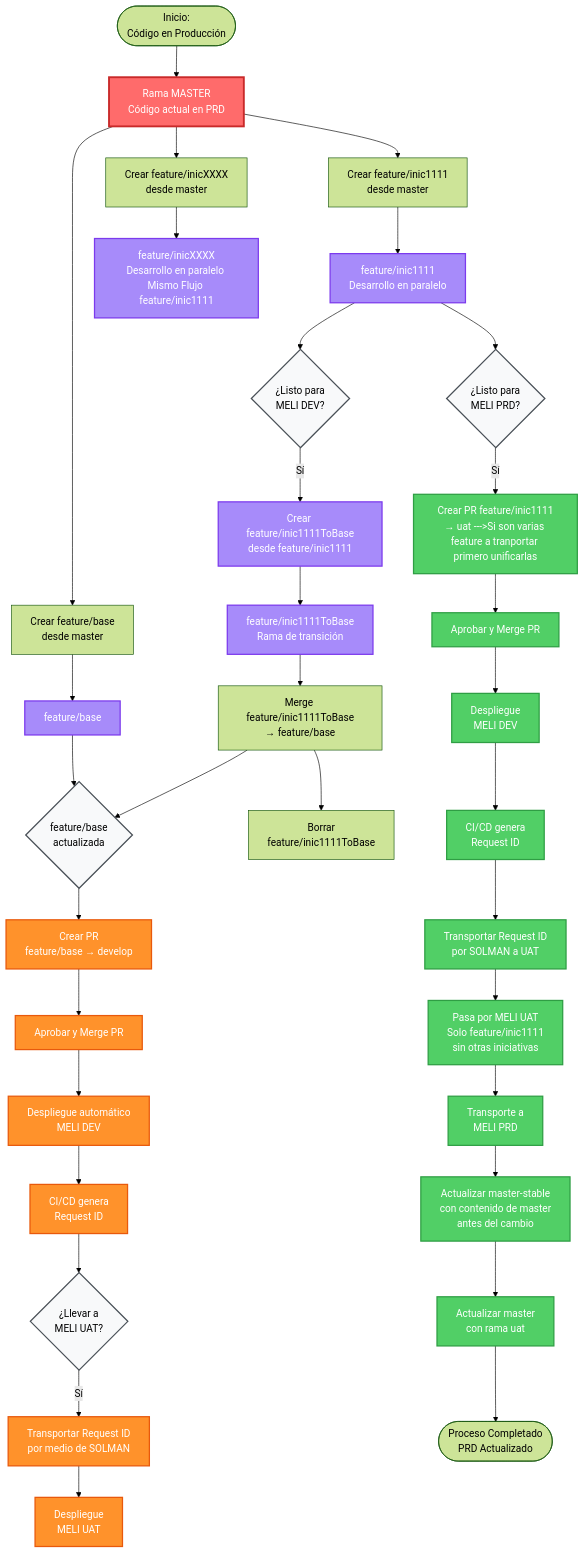
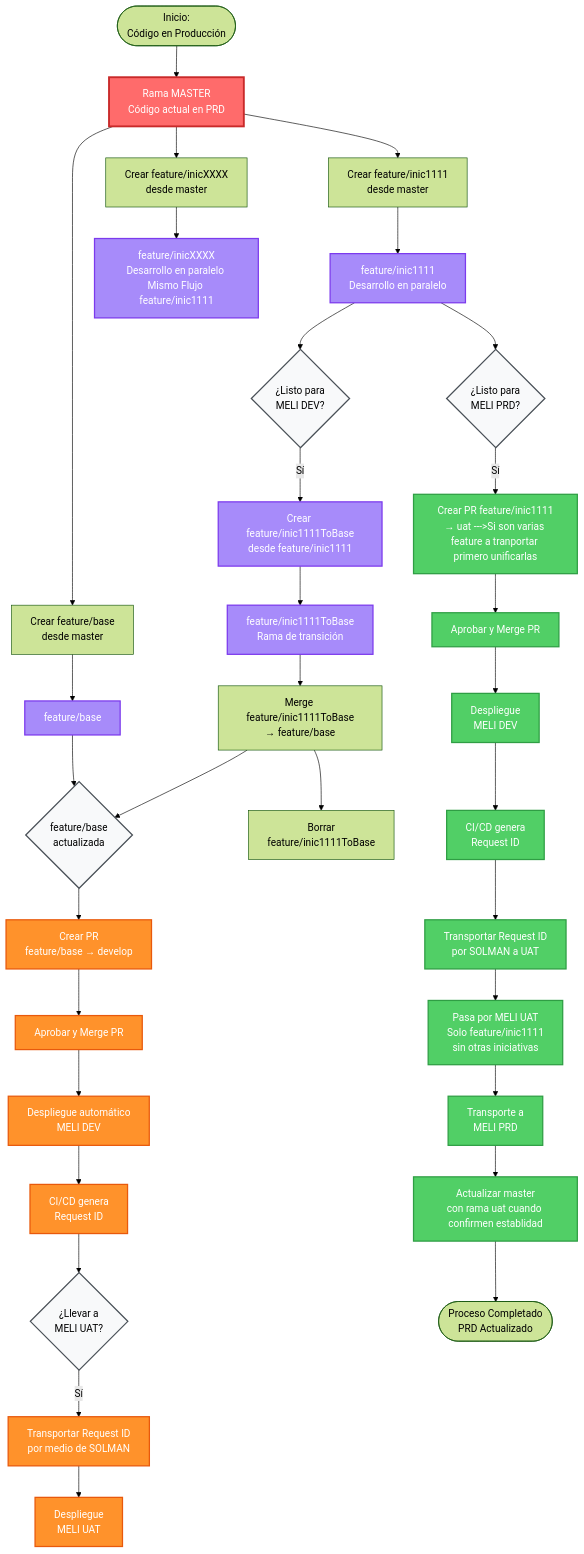
The second of 2 diagrams in flujo-github-paralelo.md (jajaramillo/flujo-github-paralelo), drawn with Mermaid (forest theme) before and after one commit. The commit also changed other lines of this file, not shown here.

Commit message:
Revise flowchart for UAT branch and post-production process
Updated flowchart to reflect changes in UAT branch handling and post-production updates.

````diff
--- a/flujo-github-paralelo.md
+++ b/flujo-github-paralelo.md
@@ -89,77 +89,74 @@
 ```mermaid
 flowchart TD
     Start([Inicio:<br/>Código en Producción]) --> Master[Rama MASTER<br/>Código actual en PRD]
     
     
     Master --> CreateBase[Crear feature/base<br/>desde master]
     Master --> CreateDev1[Crear feature/inic1111<br/>desde master]    
     Master --> CreateDevN[Crear feature/inicXXXX<br/>desde master]
        
     CreateBase --> Base[feature/base]
     CreateDev1 --> Dev1[feature/inic1111<br/>Desarrollo en paralelo]    
     CreateDevN --> DevN[feature/inicXXXX<br/>Desarrollo en paralelo Mismo Flujo feature/inic1111]
     
     %% Flujo para MELI DEV
     Dev1 --> DecisionDev1{¿Listo para<br/>MELI DEV?}
     DecisionDev1 -->|Sí| CreateTrans1[Crear feature/inic1111ToBase<br/>desde feature/inic1111]
     CreateTrans1 --> Trans1[feature/inic1111ToBase<br/>Rama de transición]
     Trans1 --> MergeToBase1[Merge feature/inic1111ToBase<br/>→ feature/base]
     
           
     Base --> BaseLista
     MergeToBase1 --> BaseLista{feature/base<br/>actualizada}
     MergeToBase1 --> DeleteTrans1[Borrar<br/>feature/inic1111ToBase]
     
     BaseLista --> PRDev[Crear PR<br/>feature/base → develop]
     PRDev --> ApproveDev[Aprobar y Merge PR]
     ApproveDev --> DeployDev[Despliegue automático<br/>MELI DEV]
     DeployDev --> RequestIDDev[CI/CD genera<br/>Request ID]
     
     %% Flujo para MELI UAT
     RequestIDDev --> DecisionUAT{¿Llevar a<br/>MELI UAT?}
     DecisionUAT -->|Sí| TransportUAT[Transportar Request ID<br/>por medio de SOLMAN]
     TransportUAT --> DeployUAT[Despliegue<br/>MELI UAT]
     
     %% Flujo para MELI PRD
     Dev1 --> DecisionPRD1{¿Listo para<br/>MELI PRD?}
         
     
     DecisionPRD1 -->|Sí| PRProd[Crear PR feature/inic1111<br/>→ uat --->Si son varias feature a tranportar primero unificarlas]      
     
     PRProd --> ApproveProd[Aprobar y Merge PR]
     ApproveProd --> DeployDevProd[Despliegue<br/>MELI DEV]
     DeployDevProd --> RequestIDProd[CI/CD genera<br/>Request ID]
     
     RequestIDProd --> TransportProd[Transportar Request ID<br/>por SOLMAN a UAT]
     TransportProd --> UATCheck[Pasa por MELI UAT<br/>Solo feature/inic1111<br/>sin otras iniciativas]
-    UATCheck --> TransportPRD[Transporte a<br/>MELI PRD]
+    UATCheck --> UpdateMaster[Transporte a<br/>MELI PRD]
     
-    %% Actualización post-producción
-    TransportPRD --> UpdateStable[Actualizar master-stable<br/>con contenido de master<br/>antes del cambio]
-    UpdateStable --> UpdateUAT[Actualizar master<br/>con rama uat]
-        
-    UpdateUAT --> End([Proceso Completado<br/>PRD Actualizado])
+    %% Actualización post-producción    
+    UpdateMaster --> EndProcess[Actualizar master<br/>con rama uat cuando confirmen establidad]        
+    EndProcess --> End([Proceso Completado<br/>PRD Actualizado])
     
     %% Estilos
     classDef mainBranchStyle fill:#ff6b6b,stroke:#c92a2a,stroke-width:3px,color:#fff
     classDef featureBranchStyle fill:#a78bfa,stroke:#7c3aed,stroke-width:2px,color:#fff
     classDef devPathStyle fill:#ff922b,stroke:#e8590c,stroke-width:2px,color:#fff
     classDef prdPathStyle fill:#51cf66,stroke:#2f9e44,stroke-width:2px,color:#fff
     classDef decisionStyle fill:#f8f9fa,stroke:#495057,stroke-width:2px,color:#000
     
     %% Ramas principales: develop, uat, master
     class Master mainBranchStyle
     
     %% Ramas de trabajo: feature/*, master-stable
     class Base,Dev1,DevN,Trans1,CreateTrans1 featureBranchStyle
     
     %% Camino DEV (naranja) - comienza desde PRDev
     class PRDev,ApproveDev,DeployDev,RequestIDDev,TransportUAT,DeployUAT devPathStyle
     
     %% Camino PRD (verde)
-    class PRProd,ApproveProd,DeployDevProd,RequestIDProd,TransportProd,UATCheck,TransportPRD,UpdateStable,UpdateUAT prdPathStyle
+    class PRProd,ApproveProd,DeployDevProd,RequestIDProd,TransportProd,UATCheck,TransportPRD,UpdateMaster,EndProcess prdPathStyle
     
     %% Decisiones e informativos
     class DecisionDev1,DecisionPRD1,DecisionUAT,BaseLista decisionStyle
-  
   ```
````
